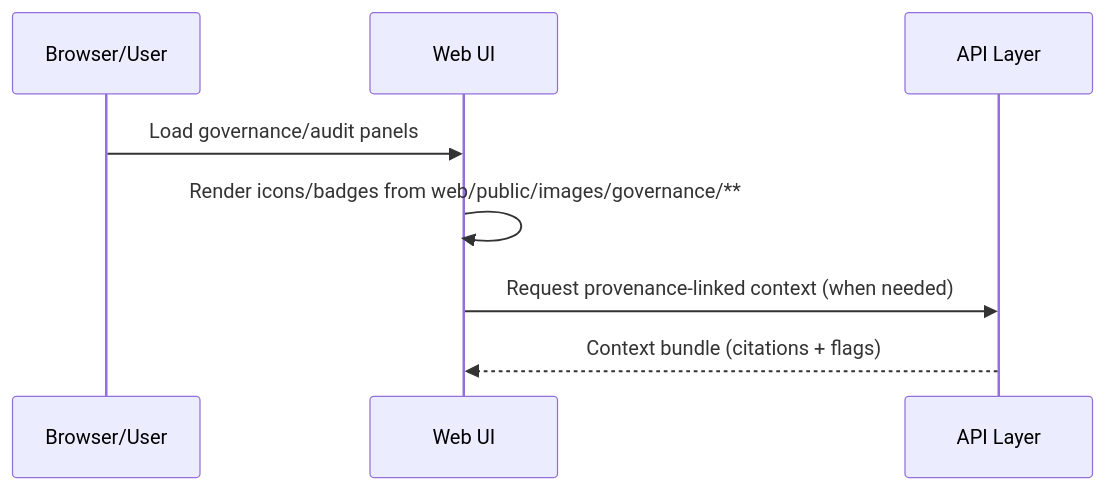
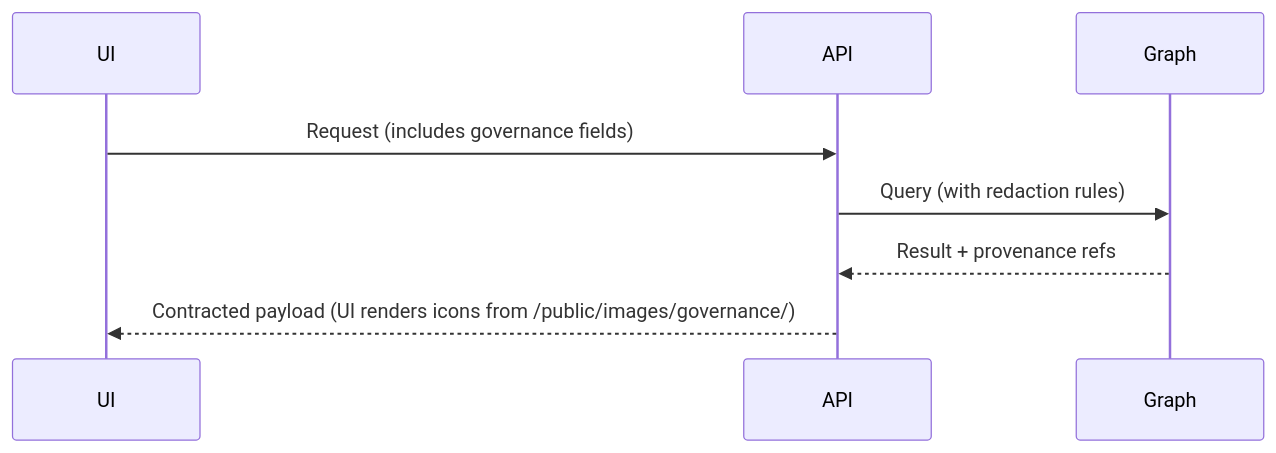
Before and after one commit to bartytime4life/Kansas-Frontier-Matrix: the second of 2 diagrams in web/public/images/governance/README.md, drawn with Mermaid. The commit also changed other lines of this file, not shown here.

```diff
--- a/web/public/images/governance/README.md
+++ b/web/public/images/governance/README.md
@@ -172,11 +162,10 @@
 ~~~mermaid
 sequenceDiagram
-  participant User as Browser/User
-  participant UI as Web UI
-  participant API as API Layer
-
-  User->>UI: Load governance/audit panels
-  UI->>UI: Render icons/badges from web/public/images/governance/**
-  UI->>API: Request provenance-linked context (when needed)
-  API-->>UI: Context bundle (citations + flags)
+  participant UI
+  participant API
+  participant Graph
+  UI->>API: Request (includes governance fields)
+  API->>Graph: Query (with redaction rules)
+  Graph-->>API: Result + provenance refs
+  API-->>UI: Contracted payload (UI renders icons from /public/images/governance/)
 ~~~
```
